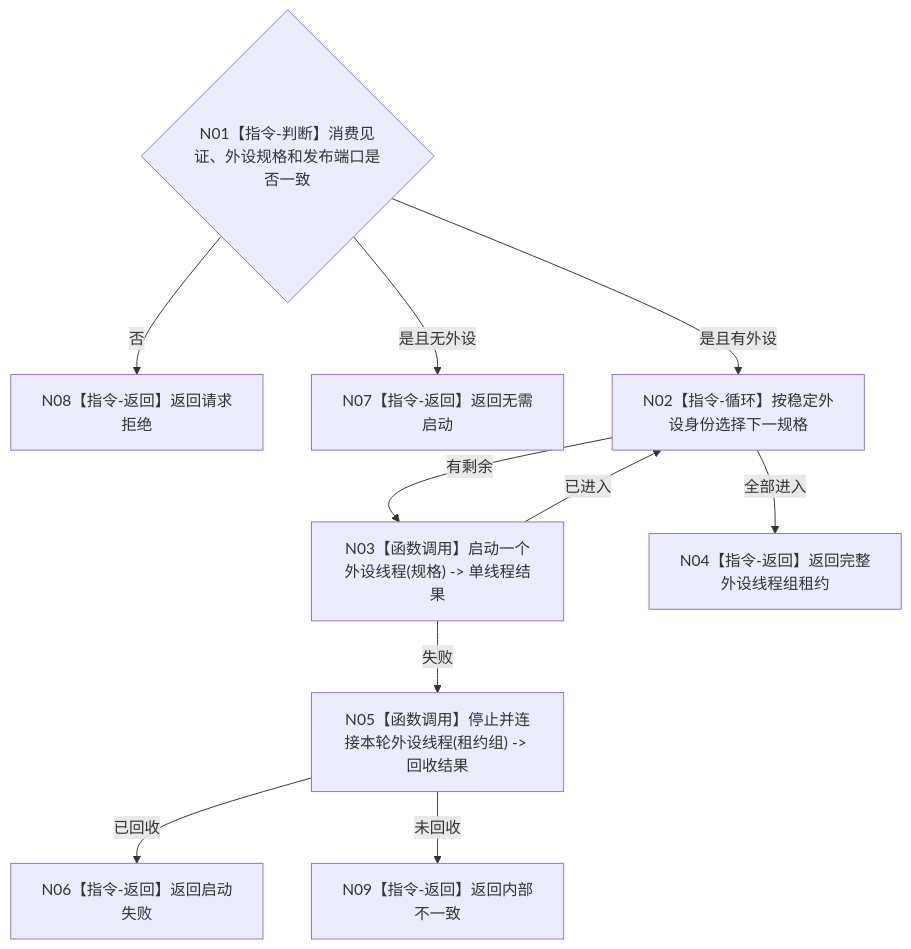
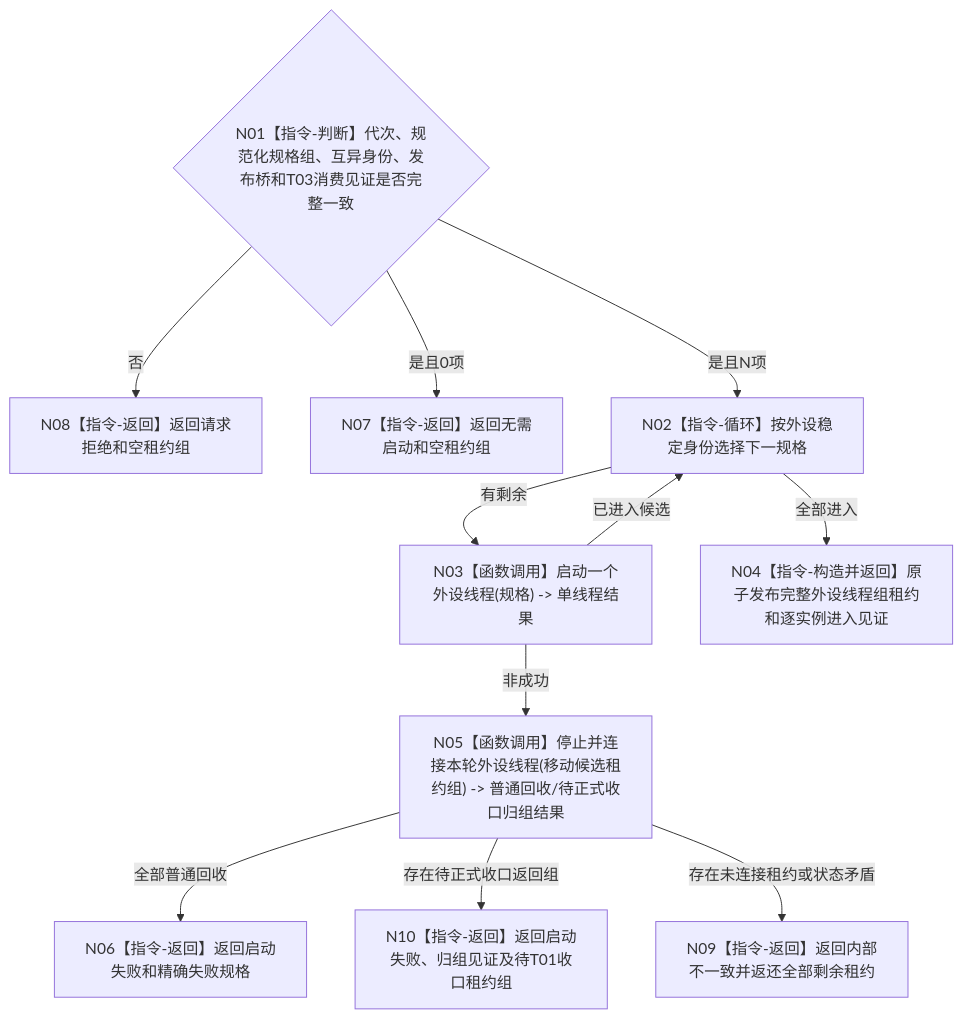
The diagram in 流程图/目标业务流程图/L2/BIZ-L2-001-07_启动外设线程组_目标函数流程图_v0.1.md (chunhaizh-cyber/HY-Ego), drawn with Mermaid before and after one commit. The commit also changed other lines of this file and 17 other files, not shown here.

````diff
--- a/流程图/目标业务流程图/L2/BIZ-L2-001-07_启动外设线程组_目标函数流程图_v0.1.md
+++ b/流程图/目标业务流程图/L2/BIZ-L2-001-07_启动外设线程组_目标函数流程图_v0.1.md
@@ -29,12 +29,13 @@
 ```mermaid
 flowchart TD
-    N01{"N01【指令-判断】消费见证、外设规格和发布端口是否一致"} -->|否| N08["N08【指令-返回】返回请求拒绝"]
-    N01 -->|是且无外设| N07["N07【指令-返回】返回无需启动"]
-    N01 -->|是且有外设| N02["N02【指令-循环】按稳定外设身份选择下一规格"]
+    N01{"N01【指令-判断】代次、规范化规格组、互异身份、发布桥和T03消费见证是否完整一致"} -->|否| N08["N08【指令-返回】返回请求拒绝和空租约组"]
+    N01 -->|是且0项| N07["N07【指令-返回】返回无需启动和空租约组"]
+    N01 -->|是且N项| N02["N02【指令-循环】按外设稳定身份选择下一规格"]
     N02 -->|有剩余| N03["N03【函数调用】启动一个外设线程(规格) -> 单线程结果"]
-    N03 -->|已进入| N02
-    N03 -->|失败| N05["N05【函数调用】停止并连接本轮外设线程(租约组) -> 回收结果"]
-    N02 -->|全部进入| N04["N04【指令-返回】返回完整外设线程组租约"]
-    N05 -->|已回收| N06["N06【指令-返回】返回启动失败"]
-    N05 -->|未回收| N09["N09【指令-返回】返回内部不一致"]
+    N03 -->|已进入候选| N02
+    N03 -->|非成功| N05["N05【函数调用】停止并连接本轮外设线程(移动候选租约组) -> 普通回收/待正式收口归组结果"]
+    N02 -->|全部进入| N04["N04【指令-构造并返回】原子发布完整外设线程组租约和逐实例进入见证"]
+    N05 -->|全部普通回收| N06["N06【指令-返回】返回启动失败和精确失败规格"]
+    N05 -->|存在待正式收口返回组| N10["N10【指令-返回】返回启动失败、归组见证及待T01收口租约组"]
+    N05 -->|存在未连接租约或状态矛盾| N09["N09【指令-返回】返回内部不一致并返还全部剩余租约"]
 ```
````
